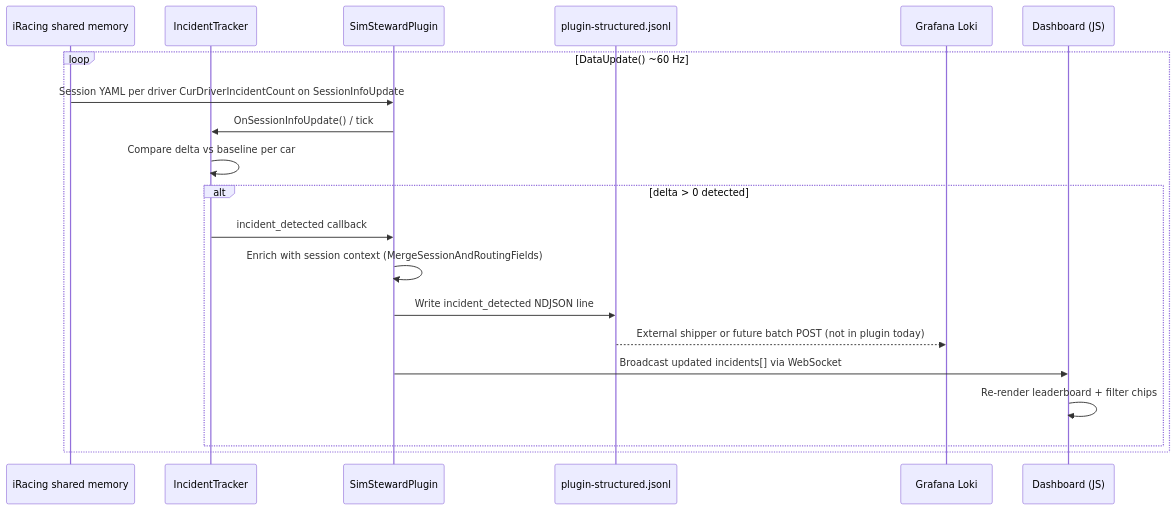
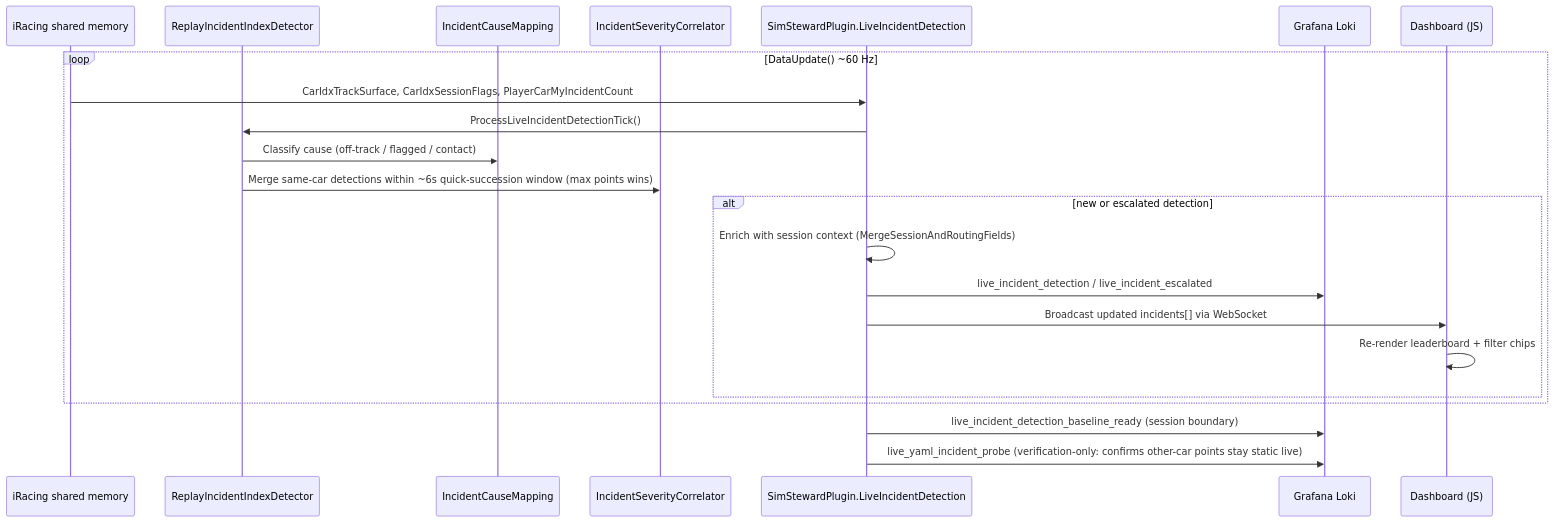
Before and after one commit to simsteward/simhub-plugin: the fifth of 6 diagrams in docs/ARCHITECTURE.md, drawn with Mermaid. The commit also changed other lines of this file and 42 other files, not shown here.

````diff
--- a/docs/ARCHITECTURE.md
+++ b/docs/ARCHITECTURE.md
@@ -247,23 +247,25 @@
 ```mermaid
 sequenceDiagram
   participant IR as iRacing shared memory
-  participant T as IncidentTracker
-  participant P as SimStewardPlugin
-  participant JSONL as plugin-structured.jsonl
+  participant Det as ReplayIncidentIndexDetector
+  participant Cause as IncidentCauseMapping
+  participant Corr as IncidentSeverityCorrelator
+  participant P as SimStewardPlugin.LiveIncidentDetection
   participant Loki as Grafana Loki
   participant D as Dashboard (JS)
 
   loop DataUpdate() ~60 Hz
-    IR->>P: Session YAML per driver CurDriverIncidentCount on SessionInfoUpdate
-    P->>T: OnSessionInfoUpdate() / tick
-    T->>T: Compare delta vs baseline per car
-    alt delta > 0 detected
-      T->>P: incident_detected callback
+    IR->>P: CarIdxTrackSurface, CarIdxSessionFlags, PlayerCarMyIncidentCount
+    P->>Det: ProcessLiveIncidentDetectionTick()
+    Det->>Cause: Classify cause (off-track / flagged / contact)
+    Det->>Corr: Merge same-car detections within ~6s quick-succession window (max points wins)
+    alt new or escalated detection
       P->>P: Enrich with session context (MergeSessionAndRoutingFields)
-      P->>JSONL: Write incident_detected NDJSON line
-      JSONL-->>Loki: External shipper or future batch POST (not in plugin today)
+      P->>Loki: live_incident_detection / live_incident_escalated
       P->>D: Broadcast updated incidents[] via WebSocket
       D->>D: Re-render leaderboard + filter chips
     end
   end
+  P->>Loki: live_incident_detection_baseline_ready (session boundary)
+  P->>Loki: live_yaml_incident_probe (verification-only: confirms other-car points stay static live)
 ```
````
